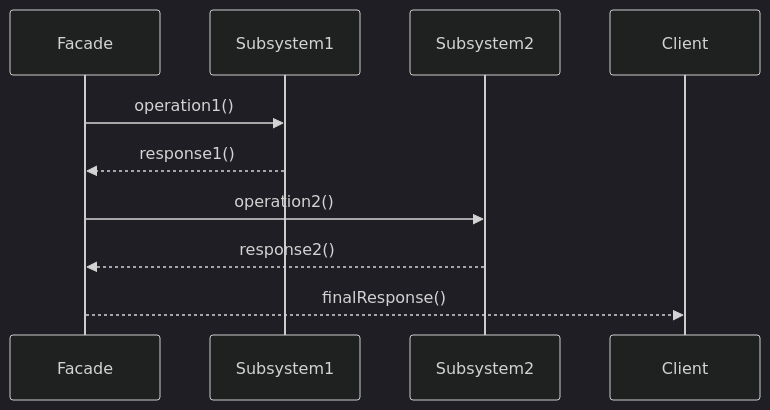
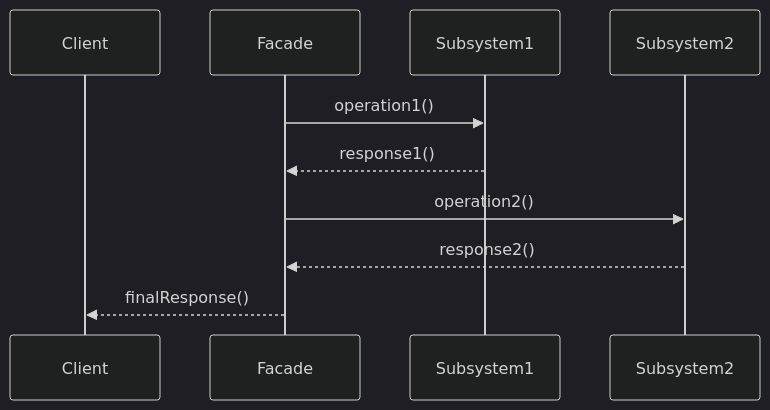
Before and after one commit to ericbrehme/ASA: the fifth of 6 diagrams in lab3/Aufgabe1.md, drawn with Mermaid (dark theme).

````diff
--- a/lab3/Aufgabe1.md
+++ b/lab3/Aufgabe1.md
@@ -172,12 +172,13 @@
 ```mermaid
 sequenceDiagram
+    participant Client
     participant Facade
     participant Subsystem1
     participant Subsystem2
 
     Facade->>Subsystem1: operation1()
     Subsystem1-->>Facade: response1()
     Facade->>Subsystem2: operation2()
     Subsystem2-->>Facade: response2()
     Facade-->>Client: finalResponse()
 ```
````
